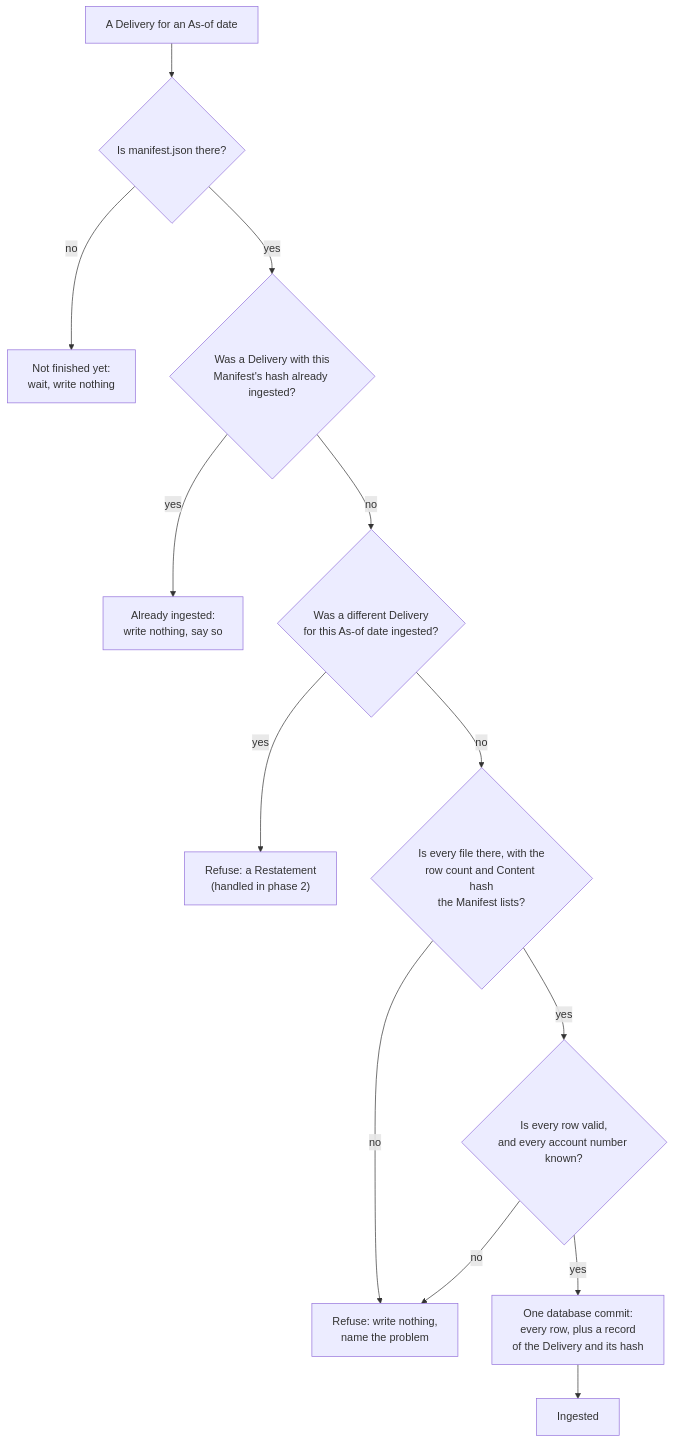
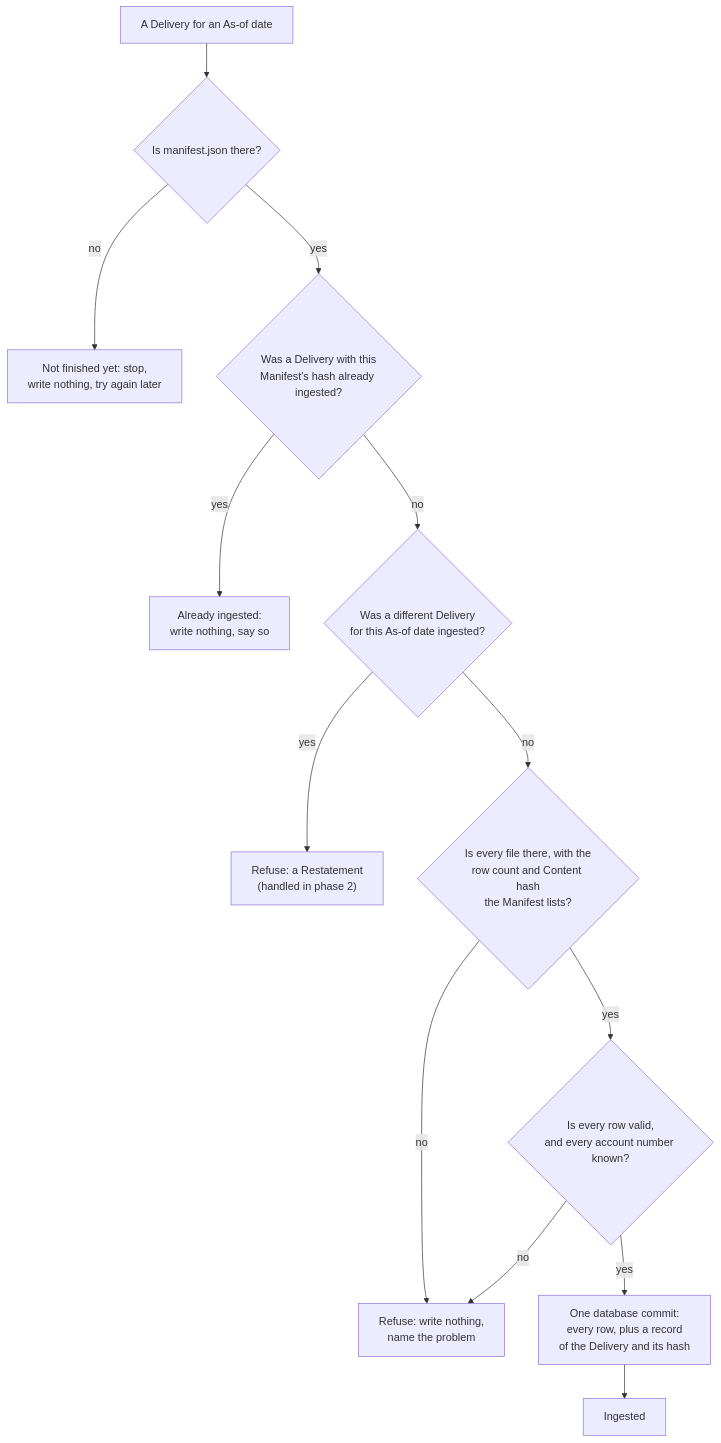
Before and after one commit to m0t0r/cognitive-wealth: the diagram in docs/diagrams/ingestion-checks.mmd, drawn with Mermaid. The commit also changed 4 other files, not shown here.

```diff
--- a/docs/diagrams/ingestion-checks.mmd
+++ b/docs/diagrams/ingestion-checks.mmd
@@ -1,26 +1,26 @@
 flowchart TB
   start["A Delivery for an As-of date"]
   m{"Is manifest.json there?"}
-  wait["Not finished yet:<br/>wait, write nothing"]
+  wait["Not finished yet: stop,<br/>write nothing, try again later"]
   same{"Was a Delivery with this<br/>Manifest's hash already ingested?"}
   skip["Already ingested:<br/>write nothing, say so"]
   other{"Was a different Delivery<br/>for this As-of date ingested?"}
   restate["Refuse: a Restatement<br/>(handled in phase 2)"]
   files{"Is every file there, with the<br/>row count and Content hash<br/>the Manifest lists?"}
   rows{"Is every row valid,<br/>and every account number known?"}
   refuse["Refuse: write nothing,<br/>name the problem"]
   write["One database commit:<br/>every row, plus a record<br/>of the Delivery and its hash"]
   done["Ingested"]
 
   start --> m
   m -->|"no"| wait
   m -->|"yes"| same
   same -->|"yes"| skip
   same -->|"no"| other
   other -->|"yes"| restate
   other -->|"no"| files
   files -->|"no"| refuse
   files -->|"yes"| rows
   rows -->|"no"| refuse
   rows -->|"yes"| write
   write --> done
```
